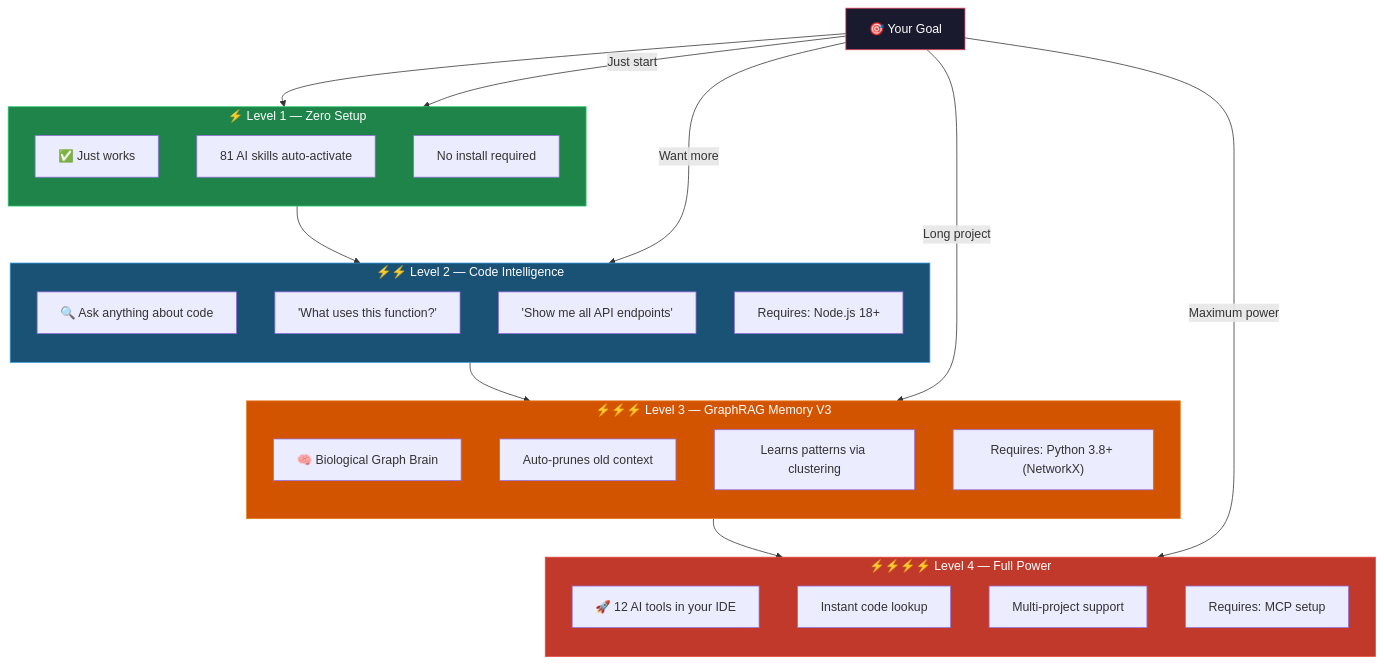
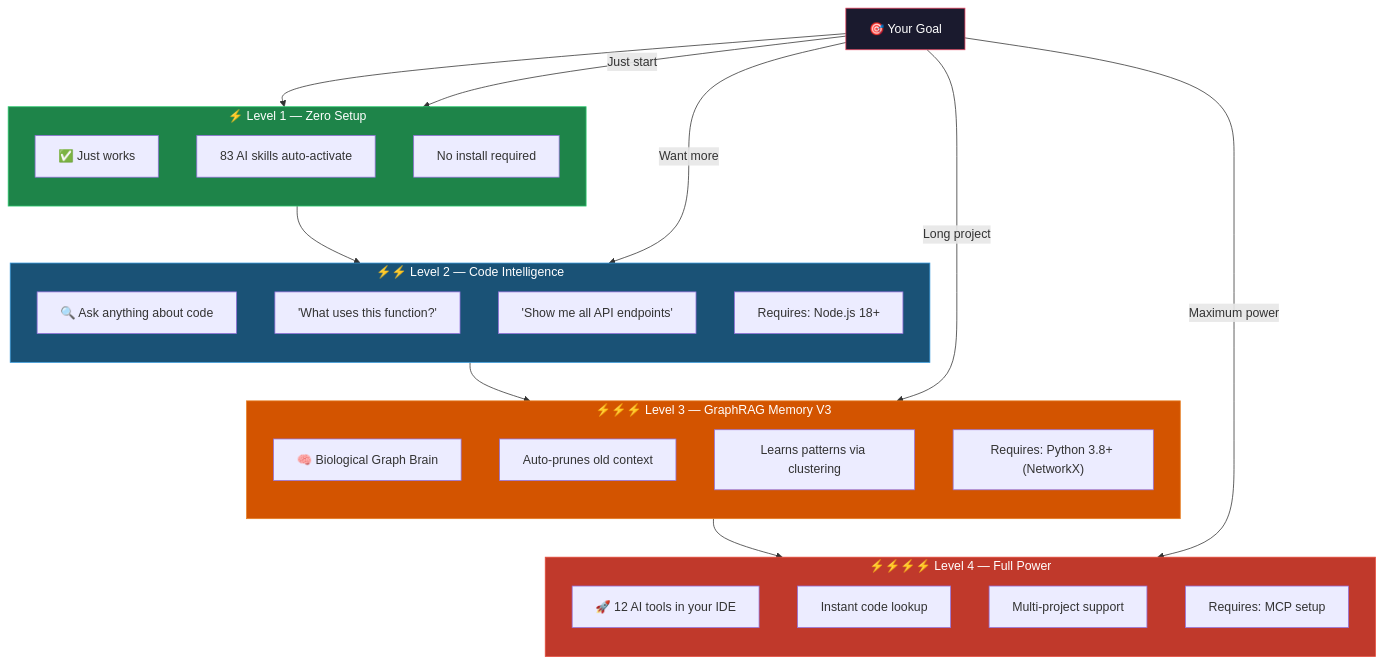
One commit to buiphucminhtam/forgewright changed the first of 3 diagrams in README.md. Above: the diagram before and after it, drawn with Mermaid. The commit also changed other lines of this file and 4 other files, not shown here.

````diff
--- a/README.md
+++ b/README.md
@@ -259,52 +259,52 @@
 ```mermaid
 flowchart TB
     START["🎯 Your Goal"] --> LEVEL1
 
     subgraph LEVEL1["⚡ Level 1 — Zero Setup"]
         direction TB
         L1A["✅ Just works"]
-        L1B["81 AI skills auto-activate"]
+        L1B["83 AI skills auto-activate"]
         L1C["No install required"]
     end
 
     LEVEL1 --> LEVEL2
 
     subgraph LEVEL2["⚡⚡ Level 2 — Code Intelligence"]
         direction TB
         L2A["🔍 Ask anything about code"]
         L2B["'What uses this function?'"]
         L2C["'Show me all API endpoints'"]
         L2D["Requires: Node.js 18+"]
     end
 
     LEVEL2 --> LEVEL3
 
     subgraph LEVEL3["⚡⚡⚡ Level 3 — GraphRAG Memory V3"]
         direction TB
         L3A["🧠 Biological Graph Brain"]
         L3B["Auto-prunes old context"]
         L3C["Learns patterns via clustering"]
         L3D["Requires: Python 3.8+ (NetworkX)"]
     end
 
     LEVEL3 --> LEVEL4
 
     subgraph LEVEL4["⚡⚡⚡⚡ Level 4 — Full Power"]
         direction TB
         L4A["🚀 12 AI tools in your IDE"]
         L4A2["Instant code lookup"]
         L4A3["Multi-project support"]
         L4A4["Requires: MCP setup"]
     end
 
     START -->|"Just start"| LEVEL1
     START -->|"Want more"| LEVEL2
     START -->|"Long project"| LEVEL3
     START -->|"Maximum power"| LEVEL4
 
     style START fill:#1a1a2e,stroke:#e94560,color:#fff
     style LEVEL1 fill:#1e8449,stroke:#2ecc71,color:#fff
     style LEVEL2 fill:#1a5276,stroke:#3498db,color:#fff
     style LEVEL3 fill:#d35400,stroke:#e67e22,color:#fff
     style LEVEL4 fill:#c0392b,stroke:#e74c3c,color:#fff
 ```
````
